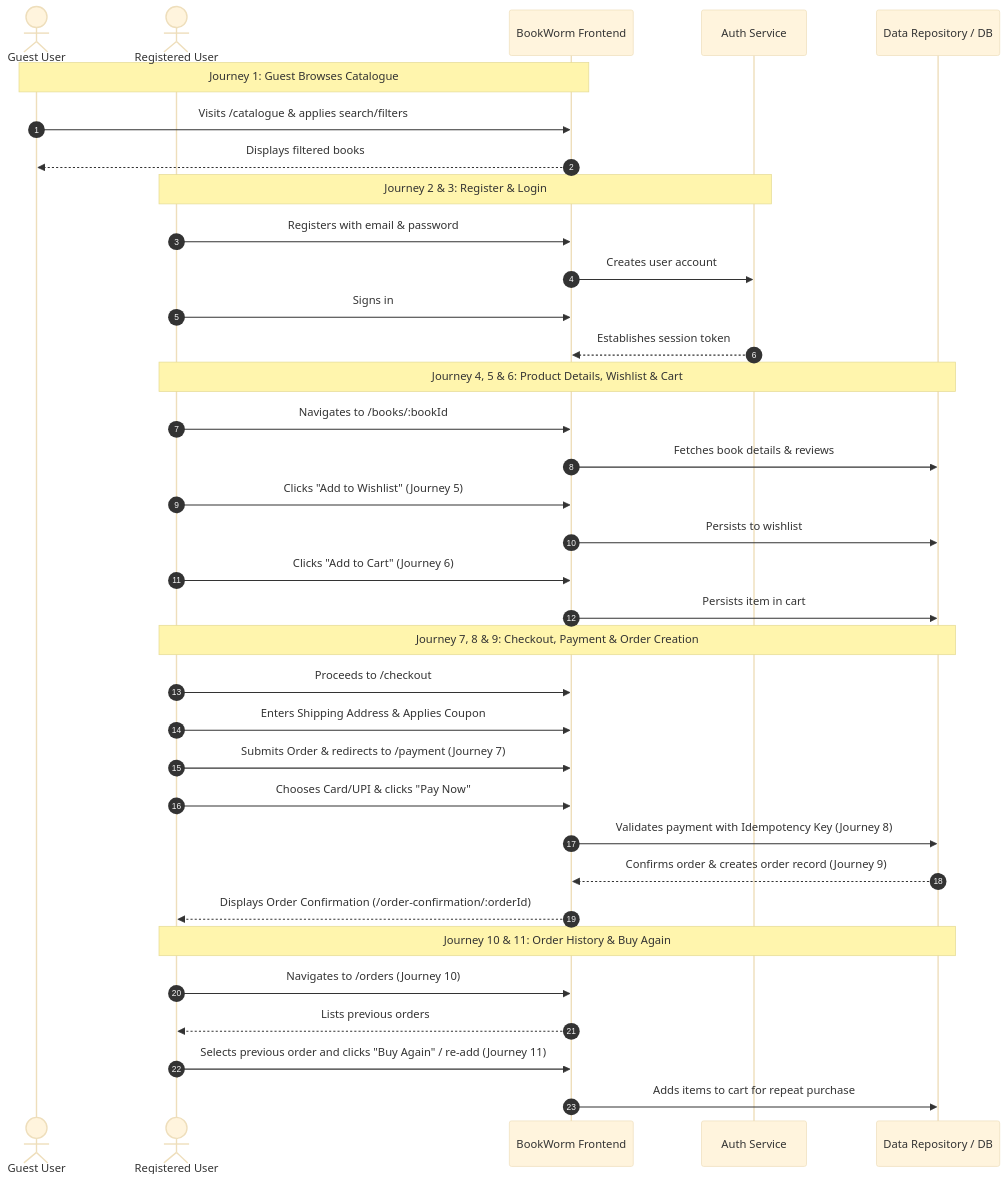
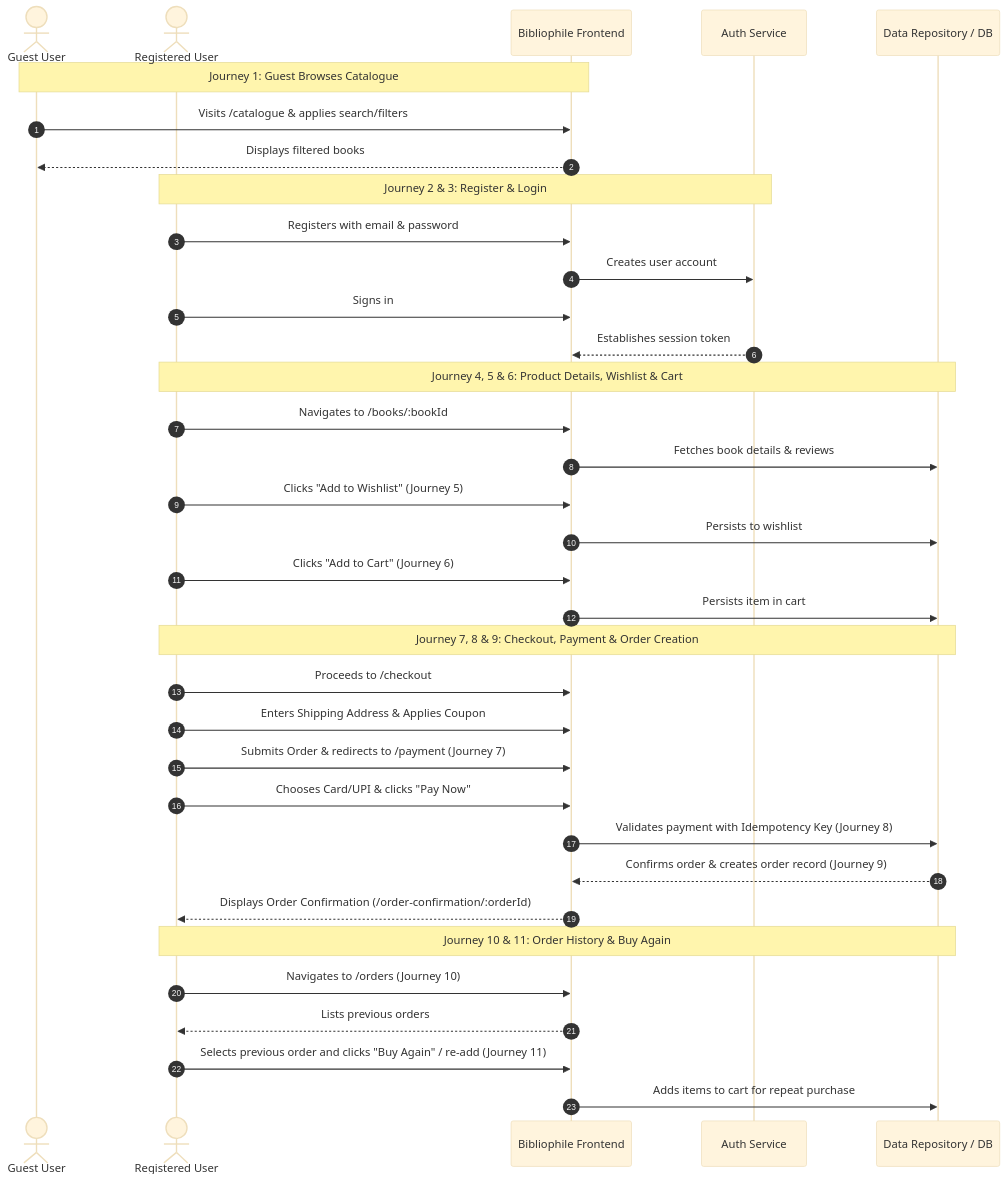
The second of 2 diagrams in testing-strategy-plan.md (deepajaidev23-collab/E-Store-Capstone-project), drawn with Mermaid (base theme) before and after one commit. The commit also changed other lines of this file and 17 other files, not shown here.

````diff
--- a/testing-strategy-plan.md
+++ b/testing-strategy-plan.md
@@ -85,42 +85,42 @@
 ```mermaid
 sequenceDiagram
     autonumber
     actor Guest as Guest User
     actor User as Registered User
-    participant App as BookWorm Frontend
+    participant App as Bibliophile Frontend
     participant Auth as Auth Service
     participant Repo as Data Repository / DB
 
     Note over Guest,App: Journey 1: Guest Browses Catalogue
     Guest->>App: Visits /catalogue & applies search/filters
     App-->>Guest: Displays filtered books
 
     Note over User,Auth: Journey 2 & 3: Register & Login
     User->>App: Registers with email & password
     App->>Auth: Creates user account
     User->>App: Signs in
     Auth-->>App: Establishes session token
 
     Note over User,Repo: Journey 4, 5 & 6: Product Details, Wishlist & Cart
     User->>App: Navigates to /books/:bookId
     App->>Repo: Fetches book details & reviews
     User->>App: Clicks "Add to Wishlist" (Journey 5)
     App->>Repo: Persists to wishlist
     User->>App: Clicks "Add to Cart" (Journey 6)
     App->>Repo: Persists item in cart
 
     Note over User,Repo: Journey 7, 8 & 9: Checkout, Payment & Order Creation
     User->>App: Proceeds to /checkout
     User->>App: Enters Shipping Address & Applies Coupon
     User->>App: Submits Order & redirects to /payment (Journey 7)
     User->>App: Chooses Card/UPI & clicks "Pay Now"
     App->>Repo: Validates payment with Idempotency Key (Journey 8)
     Repo-->>App: Confirms order & creates order record (Journey 9)
     App-->>User: Displays Order Confirmation (/order-confirmation/:orderId)
 
     Note over User,Repo: Journey 10 & 11: Order History & Buy Again
     User->>App: Navigates to /orders (Journey 10)
     App-->>User: Lists previous orders
     User->>App: Selects previous order and clicks "Buy Again" / re-add (Journey 11)
     App->>Repo: Adds items to cart for repeat purchase
 ```
````
